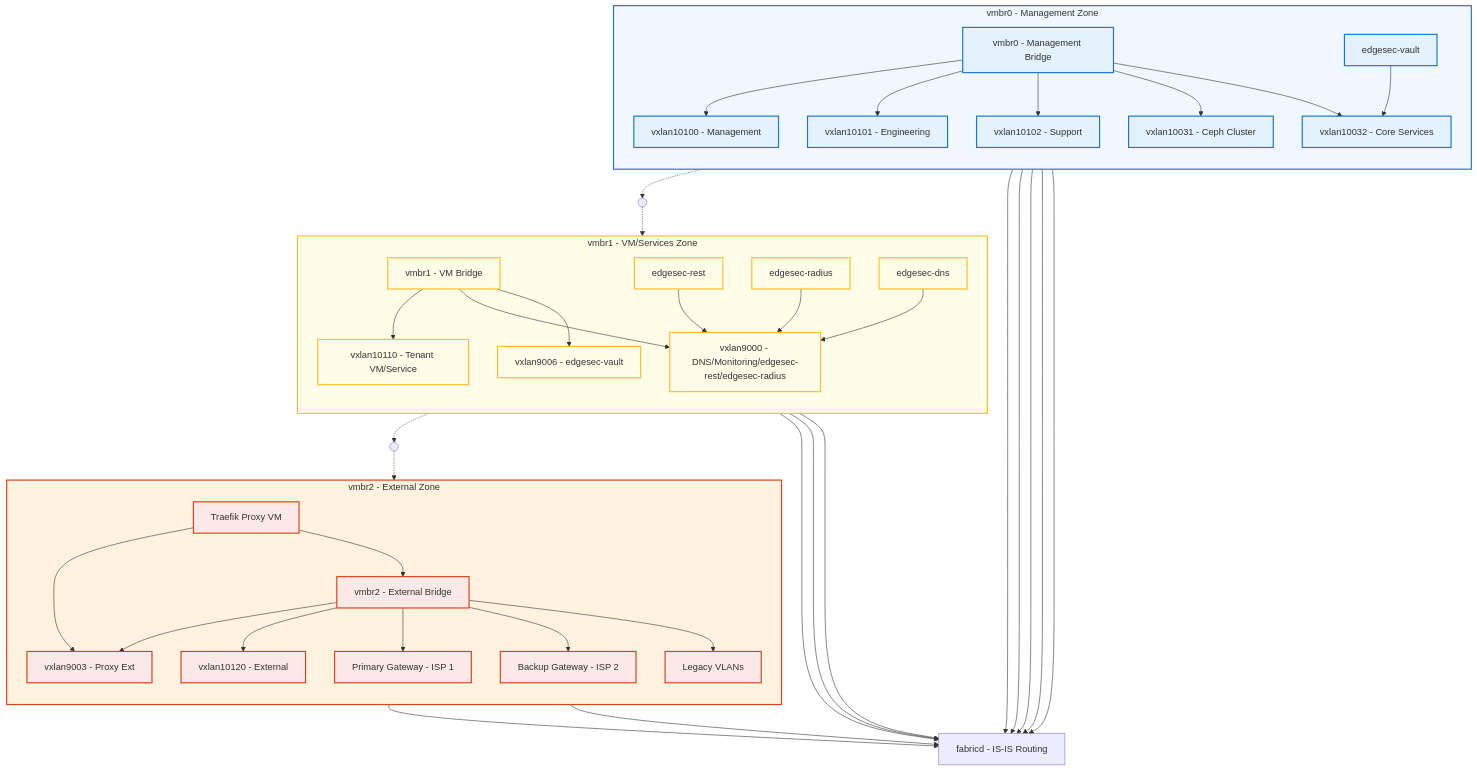
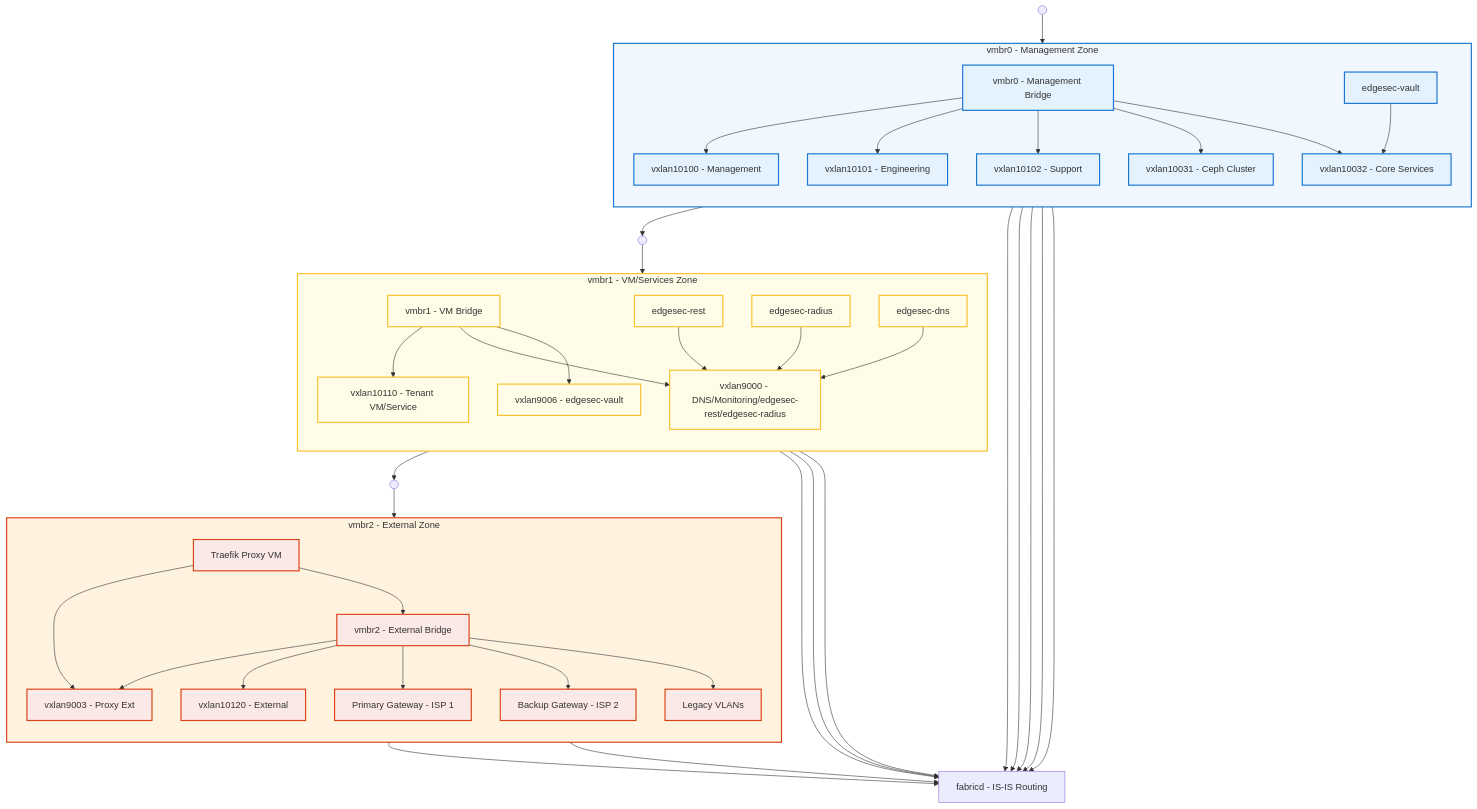
Before and after one commit to CEP-Comwell/proxmox_addons: the diagram in README.md, drawn with Mermaid.

Commit message:
udpated spacing graph LR

````diff
--- a/README.md
+++ b/README.md
@@ -59,7 +59,12 @@
 ```mermaid
 graph TD
 
-  %% Management Zone (top left, light blue background)
+  %% Invisible nodes for vertical alignment and indentation
+  MgmtStart(( ))
+  VMStart(( ))
+  ExtStart(( ))
+
+  %% Management Zone (top left)
   subgraph MgmtZone[vmbr0 - Management Zone]
     direction TB
     style MgmtZone fill:#f0f7ff,stroke:#1976d2,stroke-width:2px
@@ -78,50 +83,51 @@
     VaultVM --> VX10032
   end
 
-  %% VM/Services Zone (middle, indented, light yellow background)
-  subgraph VMZone[  vmbr1 - VM/Services Zone]
+  %% VM/Services Zone (middle, indented)
+  subgraph VMZone[    vmbr1 - VM/Services Zone]
     direction TB
     style VMZone fill:#fffde7,stroke:#fbc02d,stroke-width:2px
-    VMBridge[  vmbr1 - VM Bridge]
-    VX10110[  vxlan10110 - Tenant VM/Service]
-    VX9000[  vxlan9000 - DNS/Monitoring/edgesec-rest/edgesec-radius]
-    VX9006[  vxlan9006 - edgesec-vault]
+    VMBridge[    vmbr1 - VM Bridge]
+    VX10110[    vxlan10110 - Tenant VM/Service]
+    VX9000[    vxlan9000 - DNS/Monitoring/edgesec-rest/edgesec-radius]
+    VX9006[    vxlan9006 - edgesec-vault]
     VMBridge --> VX10110
     VMBridge --> VX9000
     VMBridge --> VX9006
-    RestVM[  edgesec-rest]
-    RadiusVM[  edgesec-radius]
-    DNSVM[  edgesec-dns]
+    RestVM[    edgesec-rest]
+    RadiusVM[    edgesec-radius]
+    DNSVM[    edgesec-dns]
     RestVM --> VX9000
     RadiusVM --> VX9000
     DNSVM --> VX9000
   end
 
-  %% External Zone (bottom, more indented, light red background)
-  subgraph ExtZone[    vmbr2 - External Zone]
+  %% External Zone (bottom, more indented)
+  subgraph ExtZone[        vmbr2 - External Zone]
     direction TB
     style ExtZone fill:#fff3e0,stroke:#d84315,stroke-width:2px
-    ExtBridge[    vmbr2 - External Bridge]
-    VX9003[    vxlan9003 - Proxy Ext]
-    VX10120[    vxlan10120 - External]
+    ExtBridge[        vmbr2 - External Bridge]
+    VX9003[        vxlan9003 - Proxy Ext]
+    VX10120[        vxlan10120 - External]
     ExtBridge --> VX9003
     ExtBridge --> VX10120
-    ProxyVM[    Traefik Proxy VM]
+    ProxyVM[        Traefik Proxy VM]
     ProxyVM --> VX9003
     ProxyVM --> ExtBridge
-    Gateway1[    Primary Gateway - ISP 1]
-    Gateway2[    Backup Gateway - ISP 2]
-    LegacyVLAN[    Legacy VLANs]
+    Gateway1[        Primary Gateway - ISP 1]
+    Gateway2[        Backup Gateway - ISP 2]
+    LegacyVLAN[        Legacy VLANs]
     ExtBridge --> Gateway1
     ExtBridge --> Gateway2
     ExtBridge --> LegacyVLAN
   end
 
-  %% Waterfall connections between bridge zones (with invisible nodes for indentation)
-  MgmtBridge -.-> VMZoneStart(( ))
-  VMZoneStart -.-> VMBridge
-  VMBridge -.-> ExtZoneStart(( ))
-  ExtZoneStart -.-> ExtBridge
+  %% Waterfall connections for vertical stacking and indentation
+  MgmtStart --> MgmtBridge
+  MgmtBridge --> VMStart
+  VMStart --> VMBridge
+  VMBridge --> ExtStart
+  ExtStart --> ExtBridge
 
   %% VXLANs to fabricd (global, not in subgraph)
   Fabricd[fabricd - IS-IS Routing]
````
